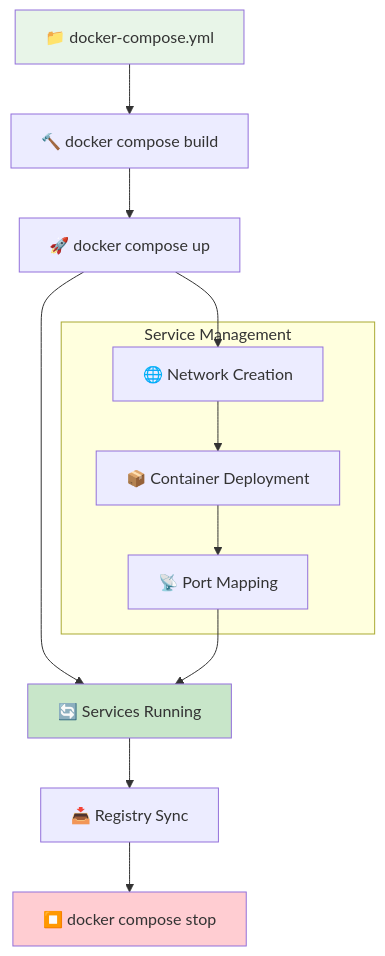
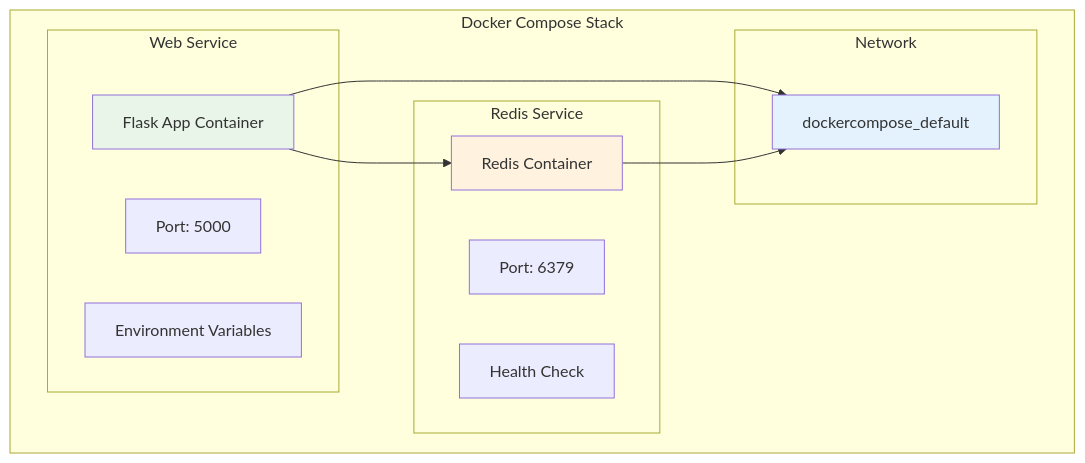
Before and after one commit to AnilPatel13/Docker-Kubernethes: the first of 3 diagrams in Docker Compose/README.md, drawn with Mermaid. The commit also changed other lines of this file and 102 other files, not shown here.

Commit message:
adding the docker compose file.

````diff
--- a/Docker Compose/README.md
+++ b/Docker Compose/README.md
@@ -16,23 +17,28 @@
 ```mermaid
-flowchart TD
-    A[📁 docker-compose.yml] --> B[🔨 docker compose build]
-    B --> C[🚀 docker compose up]
-    C --> D[🔄 Services Running]
-    D --> E[📥 Registry Sync]
-    E --> F[⏹️ docker compose stop]
-    
-    subgraph "Service Management"
-        G[🌐 Network Creation]
-        H[📦 Container Deployment]
-        I[📡 Port Mapping]
+graph TB
+    subgraph "Docker Compose Stack"
+        subgraph "Web Service"
+            A[Flask App Container]
+            A1[Port: 5000]
+            A2[Environment Variables]
+        end
+        
+        subgraph "Redis Service"
+            B[Redis Container]
+            B1[Port: 6379]
+            B2[Health Check]
+        end
+        
+        subgraph "Network"
+            C[dockercompose_default]
+        end
     end
     
-    C --> G
-    G --> H
-    H --> I
-    I --> D
+    A --> C
+    B --> C
+    A --> B
     
     style A fill:#e8f5e8
-    style D fill:#c8e6c9
-    style F fill:#ffcdd2
+    style B fill:#fff3e0
+    style C fill:#e3f2fd
 ```
````
